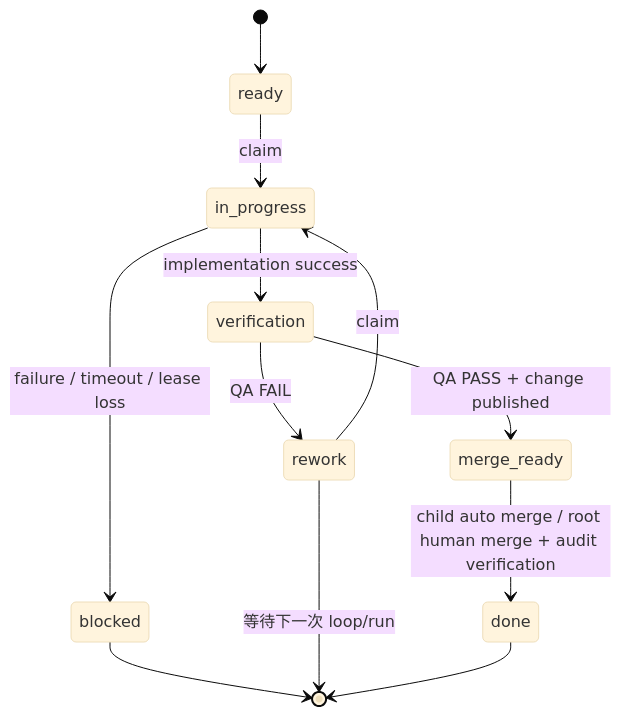
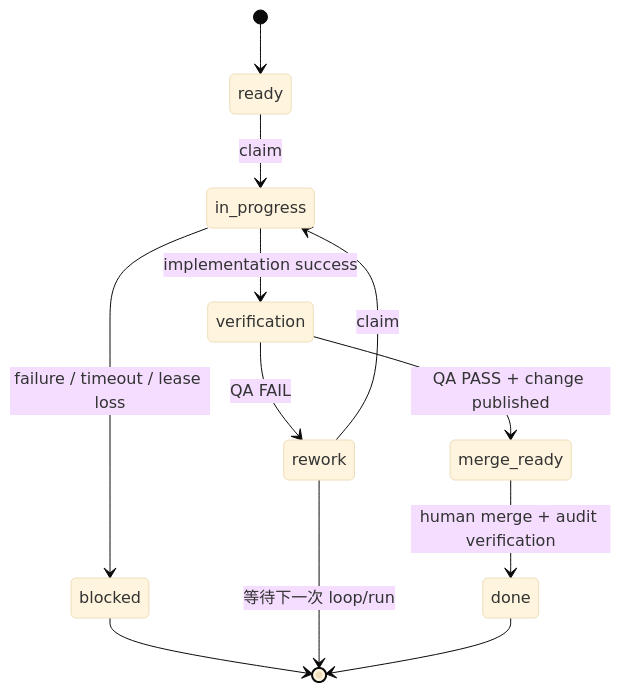
Before and after one commit to easyhaloo/afk: the second of 2 diagrams in docs/architecture/full-workflow-e2e-architecture.md, drawn with Mermaid (base theme). The commit also changed other lines of this file and 8 other files, not shown here.

````diff
--- a/docs/architecture/full-workflow-e2e-architecture.md
+++ b/docs/architecture/full-workflow-e2e-architecture.md
@@ -222,14 +222,14 @@
 ```mermaid
 stateDiagram-v2
     [*] --> ready
     ready --> in_progress: claim
     rework --> in_progress: claim
     in_progress --> verification: implementation success
     in_progress --> blocked: failure / timeout / lease loss
     verification --> rework: QA FAIL
     verification --> merge_ready: QA PASS + change published
-    merge_ready --> done: child auto merge / root human merge + audit verification
+    merge_ready --> done: human merge + audit verification
     blocked --> [*]
     rework --> [*]: 等待下一次 loop/run
     done --> [*]
 ```
````
